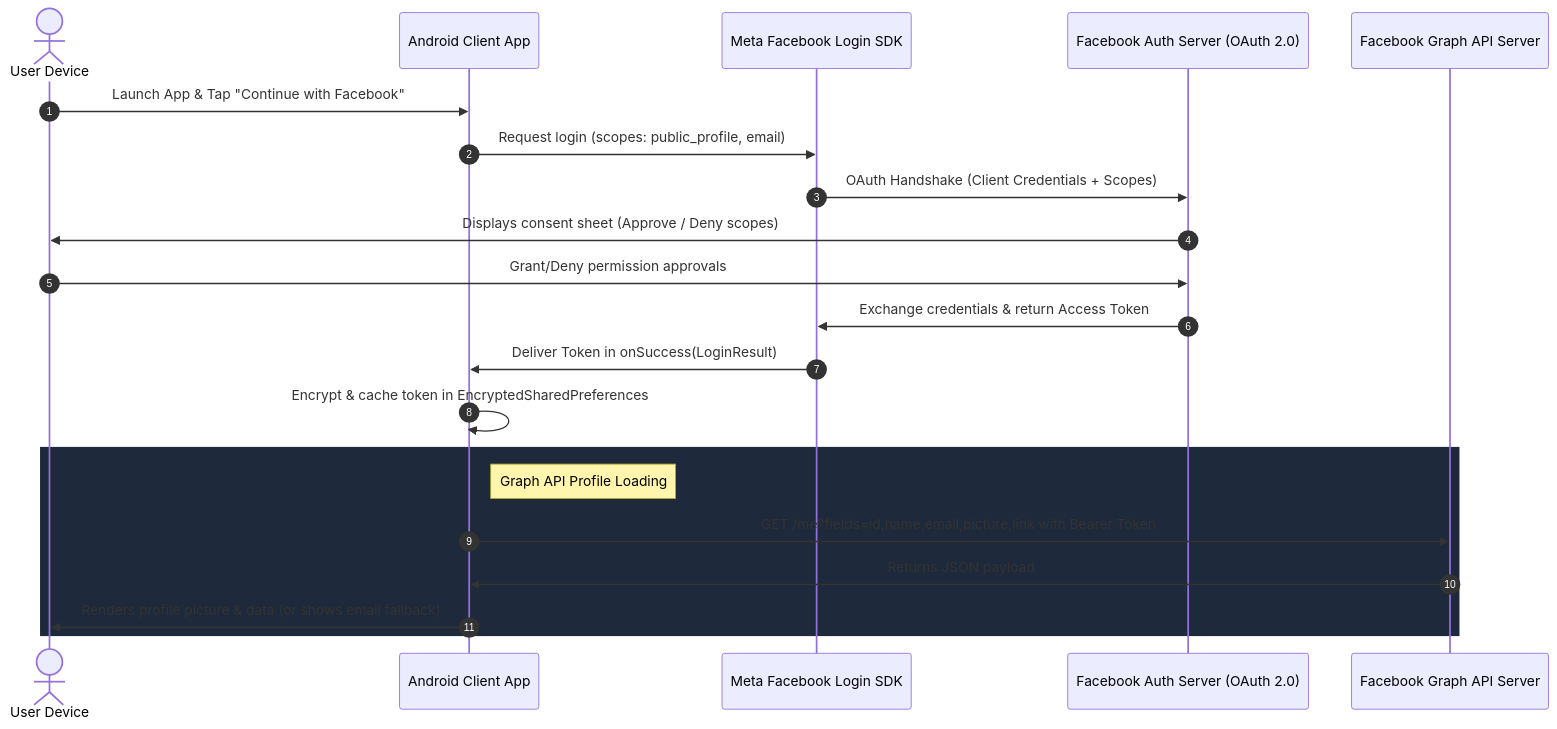
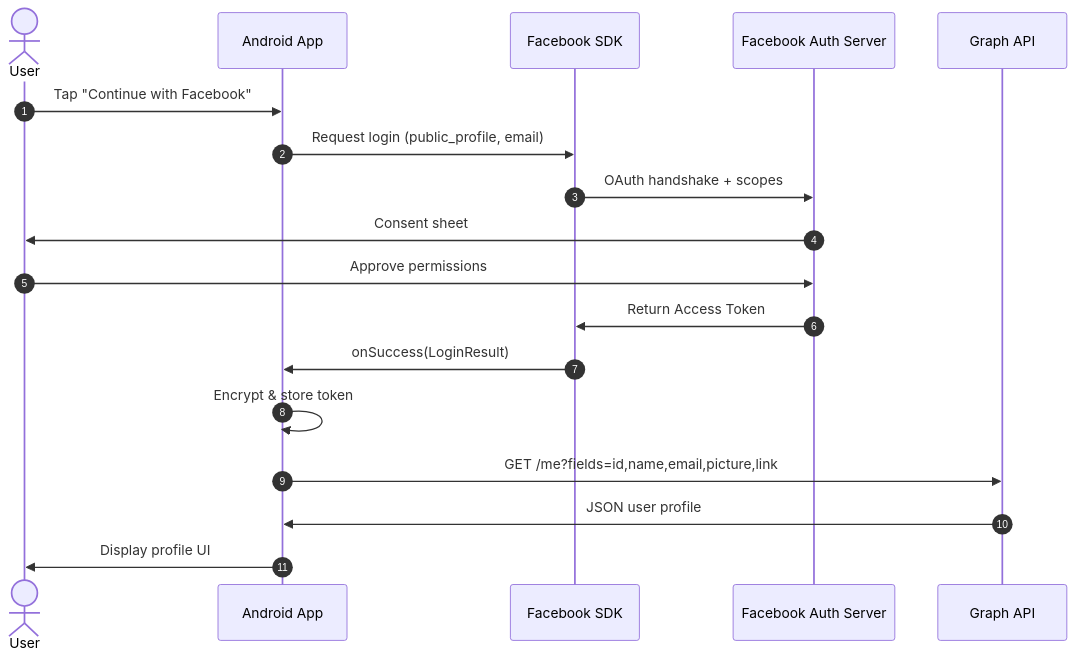
Before and after one commit to guru-murtthy/ShadowFox-Intenship-Project-3-Advance-level--Facebook-integration: the diagram in facebook integration/README.md, drawn with Mermaid. The commit also changed other lines of this file and 15 other files, not shown here.

First line of the commit message:
feat: Complete Facebook OAuth 2.0 Android app with encrypted storage, Graph API, and ShareDialog

````diff
--- a/facebook integration/README.md
+++ b/facebook integration/README.md
@@ -47,25 +126,21 @@
 ```mermaid
 sequenceDiagram
     autonumber
-    actor User as User Device
-    participant App as Android Client App
-    participant SDK as Meta Facebook Login SDK
-    participant AuthServer as Facebook Auth Server (OAuth 2.0)
-    participant GraphAPI as Facebook Graph API Server
+    actor User as User
+    participant App as Android App
+    participant FB as Facebook SDK
+    participant Auth as Facebook Auth Server
+    participant Graph as Graph API
 
-    User->>App: Launch App & Tap "Continue with Facebook"
-    App->>SDK: Request login (scopes: public_profile, email)
-    SDK->>AuthServer: OAuth Handshake (Client Credentials + Scopes)
-    AuthServer->>User: Displays consent sheet (Approve / Deny scopes)
-    User->>AuthServer: Grant/Deny permission approvals
-    AuthServer->>SDK: Exchange credentials & return Access Token
-    SDK->>App: Deliver Token in onSuccess(LoginResult)
-    App->>App: Encrypt & cache token in EncryptedSharedPreferences
-    
-    rect rgb(30, 41, 59)
-        note right of App: Graph API Profile Loading
-        App->>GraphAPI: GET /me?fields=id,name,email,picture,link with Bearer Token
-        GraphAPI->>App: Returns JSON payload
-        App->>User: Renders profile picture & data (or shows email fallback)
-    end
+    User->>App: Tap "Continue with Facebook"
+    App->>FB: Request login (public_profile, email)
+    FB->>Auth: OAuth handshake + scopes
+    Auth->>User: Consent sheet
+    User->>Auth: Approve permissions
+    Auth->>FB: Return Access Token
+    FB->>App: onSuccess(LoginResult)
+    App->>App: Encrypt & store token
+    App->>Graph: GET /me?fields=id,name,email,picture,link
+    Graph->>App: JSON user profile
+    App->>User: Display profile UI
 ```
````
